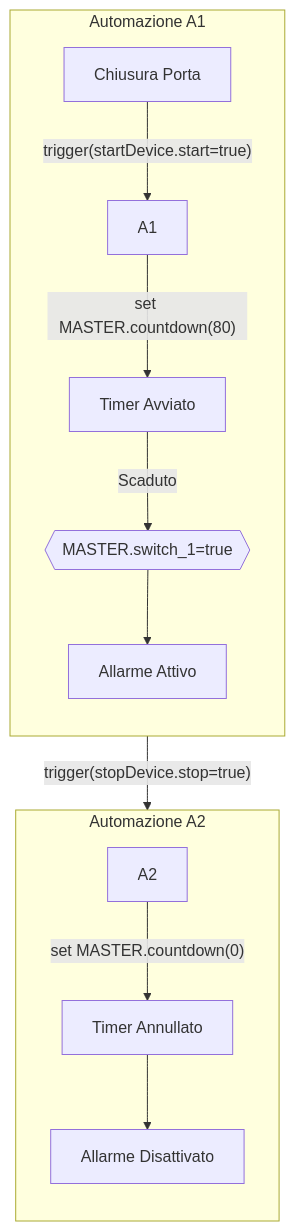
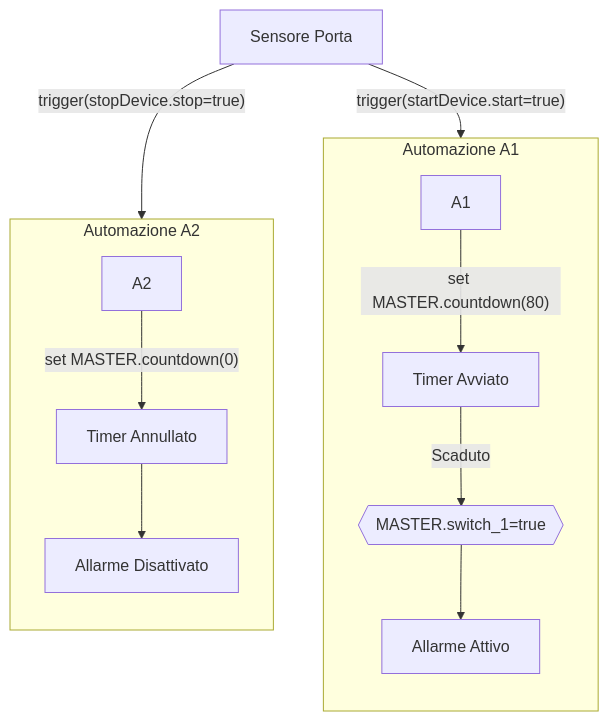
One commit to msillano/IoTwebUI changed the second of 2 diagrams in patterns/filter for short events.md. Above: the diagram before and after it, drawn with Mermaid.

Commit message:
Update filter for short events.md

````diff
--- a/patterns/filter for short events.md
+++ b/patterns/filter for short events.md
@@ -110,17 +110,16 @@
 ```mermaid
 flowchart TD
 direction LR
-
-     subgraph Automazione A1
+    A["Sensore Porta"] -->|"trigger(stopDevice.stop=true)"| A2
+    A["Sensore Porta"] -->|"trigger(startDevice.start=true)"| A1
+   subgraph Automazione A1
         direction TB
-  A["Apertura Porta"] -->|"trigger(startDevice.start=true)"| A1
     A1 -->|"set MASTER.countdown(80)"| B["Timer Avviato"]
     B -->|Scaduto| C{{"MASTER.switch_1=true"}} --> D["Allarme Attivo"]
    end
     subgraph Automazione A2
         direction TB
 
-    A["Chiusura Porta"] -->|"trigger(stopDevice.stop=true)"| A2
     A2 -->|"set MASTER.countdown(0)"| E["Timer Annullato"] --> F["Allarme Disattivato"]
 end
 ```
````
